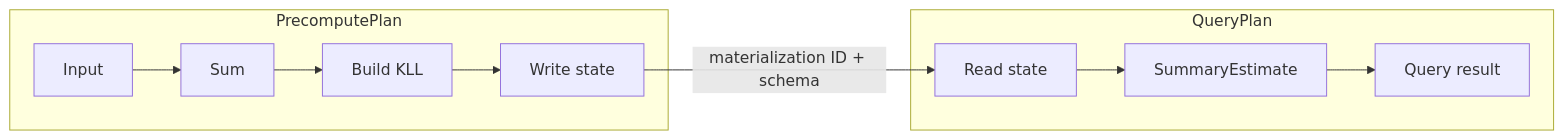
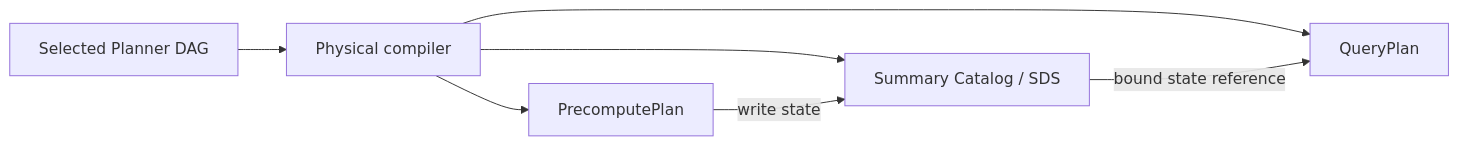
Before and after one commit to ProjectASAP/ASAPQuery-backend: the diagram in docs/design_docs/asapplanner-integration.md, drawn with Mermaid. The commit also changed other lines of this file, not shown here.

Commit message:
docs: reorganize physical plan integration design

````diff
--- a/docs/design_docs/asapplanner-integration.md
+++ b/docs/design_docs/asapplanner-integration.md
@@ -194,13 +41,9 @@
 ```mermaid
 flowchart LR
-  subgraph P[PrecomputePlan]
-    I[Input] --> S[Sum]
-    S --> K[Build KLL]
-    K --> W[Write state]
-  end
-  W -->|materialization ID + schema| R
-  subgraph Q[QueryPlan]
-    R[Read state] --> E[SummaryEstimate]
-    E --> O[Query result]
-  end
+  D[Selected Planner DAG] --> C[Physical compiler]
+  C --> P[PrecomputePlan]
+  C --> S[Summary Catalog / SDS]
+  C --> Q[QueryPlan]
+  P -->|write state| S
+  S -->|bound state reference| Q
 ```
````
